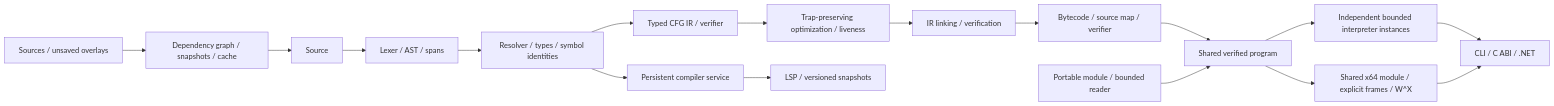
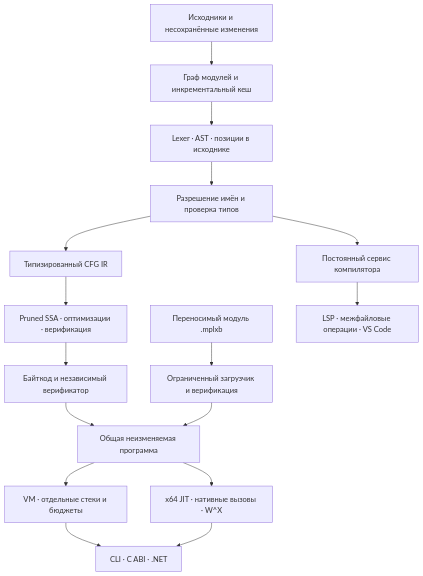
The diagram in README.md (Ingaleee/MPLX), drawn with Mermaid before and after one commit. The commit also changed other lines of this file and 5 other files, not shown here.

Commit message:
docs(architecture): record the flagship roadmap and memory foundations

````diff
--- a/README.md
+++ b/README.md
@@ -233,19 +67,18 @@
 ```mermaid
-flowchart LR
-  Files[Sources / unsaved overlays] --> Graph[Dependency graph / snapshots / cache]
-  Graph --> Source
-  Source --> Syntax[Lexer / AST / spans]
-  Syntax --> Semantic[Resolver / types / symbol identities]
-  Semantic --> IR[Typed CFG IR / verifier]
-  IR --> Optimize[Trap-preserving optimization / liveness]
-  Optimize --> Link[IR linking / verification]
-  Link --> Bytecode[Bytecode / source map / verifier]
-  Bytecode --> Program[Shared verified program]
-  File[Portable module / bounded reader] --> Program
-  Program --> VM[Independent bounded interpreter instances]
-  Program --> JIT[Shared x64 module / explicit frames / W^X]
-  Semantic --> Service[Persistent compiler service]
-  Service --> LSP[LSP / versioned snapshots]
-  VM --> Hosts[CLI / C ABI / .NET]
-  JIT --> Hosts
+flowchart TD
+    Sources["Исходники и несохранённые изменения"] --> Workspace["Граф модулей и инкрементальный кеш"]
+    Workspace --> Syntax["Lexer · AST · позиции в исходнике"]
+    Syntax --> Semantic["Разрешение имён и проверка типов"]
+    Semantic --> IR["Типизированный CFG IR"]
+    IR --> Passes["Pruned SSA · оптимизации · верификация"]
+    Passes --> Bytecode["Байткод и независимый верификатор"]
+    Bytecode --> Program["Общая неизменяемая программа"]
+    Portable["Переносимый модуль .mplxb"] --> Loader["Ограниченный загрузчик и верификация"]
+    Loader --> Program
+    Program --> VM["VM · отдельные стеки и бюджеты"]
+    Program --> JIT["x64 JIT · нативные вызовы · W^X"]
+    VM --> Hosts["CLI · C ABI · .NET"]
+    JIT --> Hosts
+    Semantic --> Service["Постоянный сервис компилятора"]
+    Service --> LSP["LSP · межфайловые операции · VS Code"]
 ```
````
